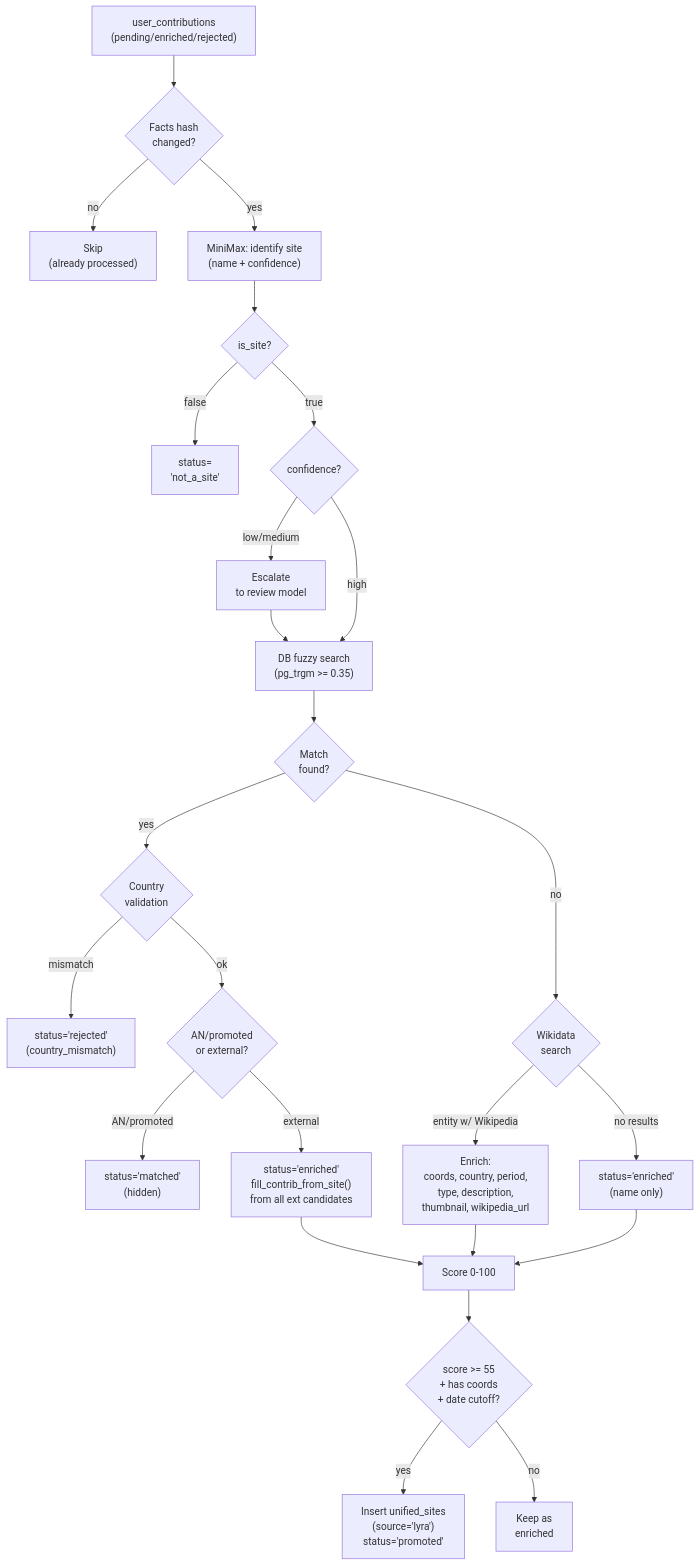
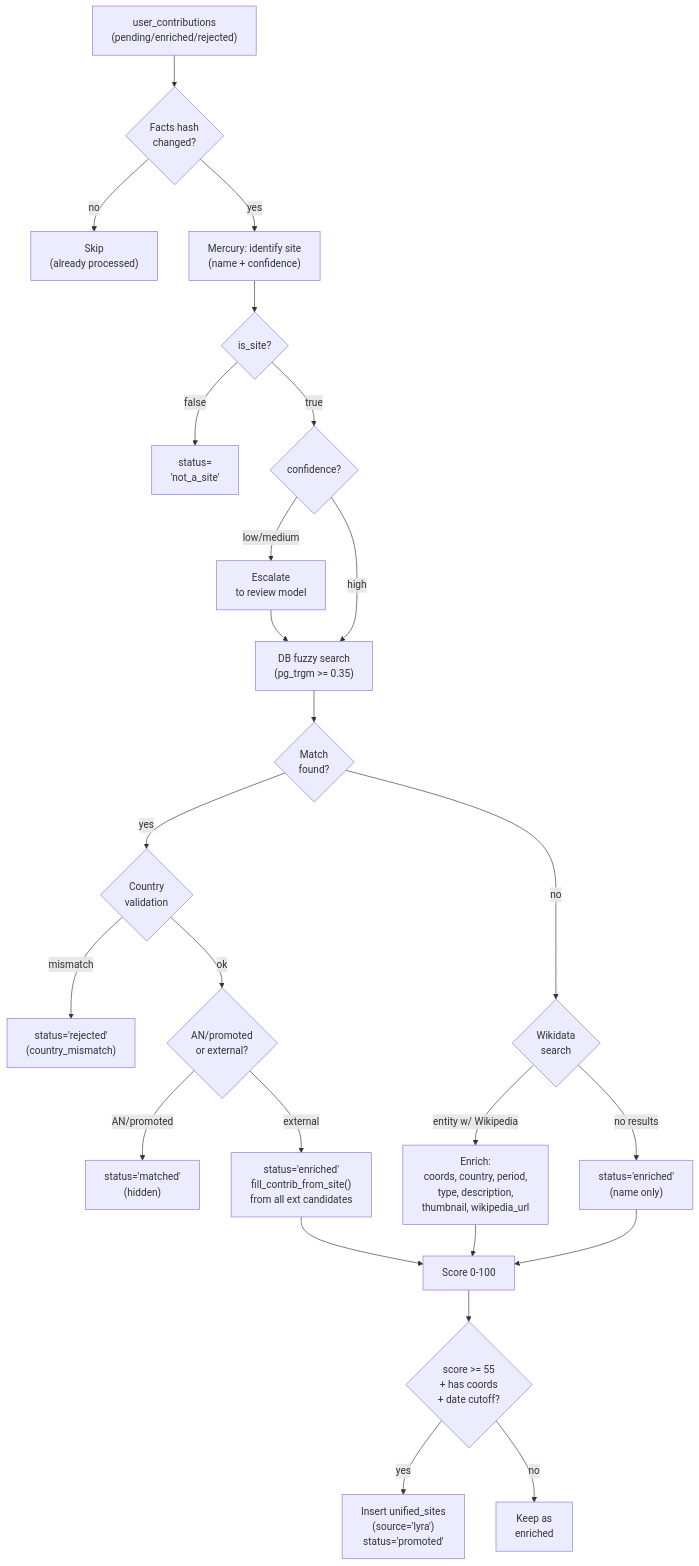
The fourth of 7 diagrams in docs/lyra-pipeline.md (ancientnerds/AncientMap), drawn with Mermaid before and after one commit. The commit also changed other lines of this file and 11 other files, not shown here.

````diff
--- a/docs/lyra-pipeline.md
+++ b/docs/lyra-pipeline.md
@@ -175,35 +175,35 @@
 ```mermaid
 flowchart TD
     START["user_contributions\n(pending/enriched/rejected)"] --> HASH{"Facts hash\nchanged?"}
     HASH -->|no| SKIP["Skip\n(already processed)"]
-    HASH -->|yes| AI["MiniMax: identify site\n(name + confidence)"]
+    HASH -->|yes| AI["Mercury: identify site\n(name + confidence)"]
 
     AI --> SITE{"is_site?"}
     SITE -->|false| NAS["status=\n'not_a_site'"]
     SITE -->|true| CONF{"confidence?"}
 
     CONF -->|low/medium| REVIEW["Escalate\nto review model"]
     CONF -->|high| DB
     REVIEW --> DB
 
     DB["DB fuzzy search\n(pg_trgm >= 0.35)"] --> DBMATCH{"Match\nfound?"}
 
     DBMATCH -->|yes| COUNTRY{"Country\nvalidation"}
     COUNTRY -->|mismatch| REJ["status='rejected'\n(country_mismatch)"]
     COUNTRY -->|ok| BRANCH{"AN/promoted\nor external?"}
 
     BRANCH -->|AN/promoted| MATCHED["status='matched'\n(hidden)"]
     BRANCH -->|external| EXT["status='enriched'\nfill_contrib_from_site()\nfrom all ext candidates"]
 
     DBMATCH -->|no| WD{"Wikidata\nsearch"}
     WD -->|entity w/ Wikipedia| ENRICH["Enrich:\ncoords, country, period,\ntype, description,\nthumbnail, wikipedia_url"]
     WD -->|no results| NEW["status='enriched'\n(name only)"]
 
     ENRICH --> SCORE["Score 0-100"]
     EXT --> SCORE
     NEW --> SCORE
 
     SCORE --> PROMOTE{"score >= 55\n+ has coords\n+ date cutoff?"}
     PROMOTE -->|yes| UNI["Insert unified_sites\n(source='lyra')\nstatus='promoted'"]
     PROMOTE -->|no| DONE["Keep as\nenriched"]
 ```
````
